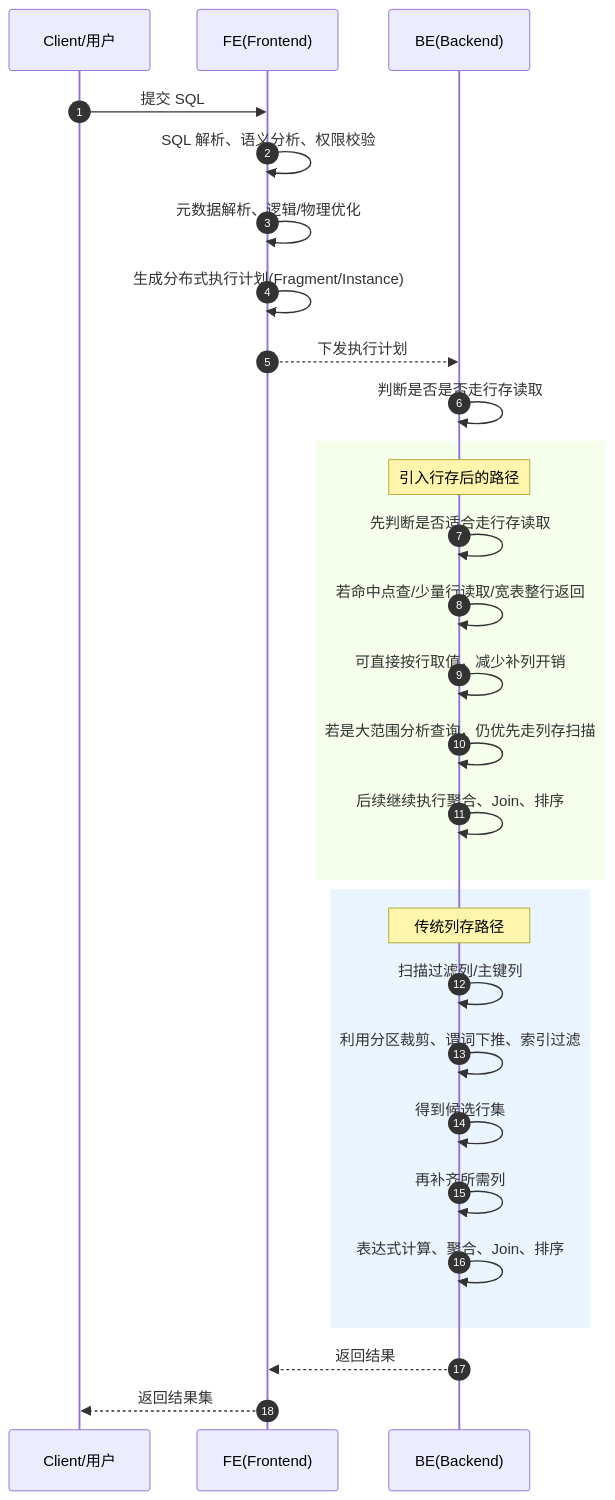
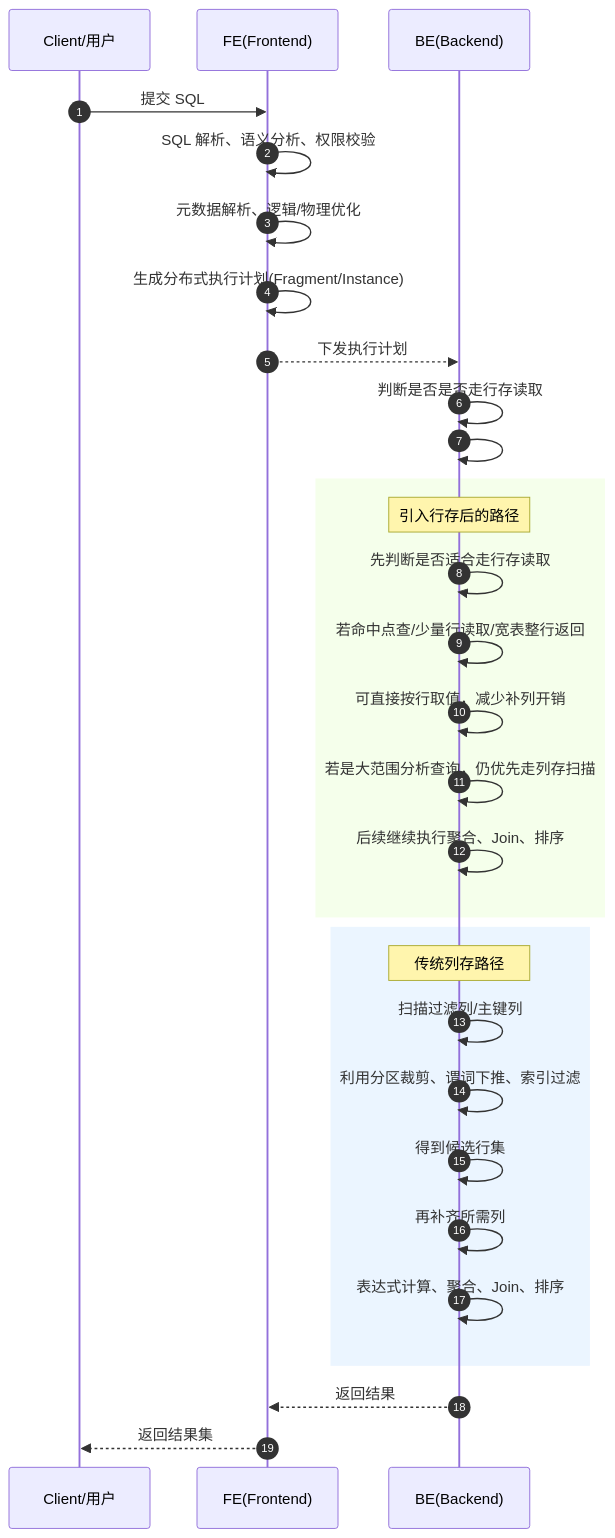
Before and after one commit to HY-10-8/iodraw-files: the diagram in all/未命名-4.md, drawn with Mermaid.

Commit message:
2026-04-22 17:39:22 update

````diff
--- a/all/未命名-4.md
+++ b/all/未命名-4.md
@@ -1,49 +1,50 @@
 ```mermaid
 sequenceDiagram
     autonumber
 
     participant Client as Client/用户
     participant FE as FE(Frontend)
     participant BE as BE(Backend)
     
     Client->>FE: 提交 SQL
     FE->>FE: SQL 解析、语义分析、权限校验
     FE->>FE: 元数据解析、逻辑/物理优化
     FE->>FE: 生成分布式执行计划(Fragment/Instance)
     FE-->>BE: 下发执行计划
 
     BE->>BE: 判断是否是否走行存读取
-    
+    BE->>BE: 
+
 
 
     rect rgb(245,255,235)
         Note over BE: 引入行存后的路径
         BE->>BE: 先判断是否适合走行存读取
         BE->>BE: 若命中点查/少量行读取/宽表整行返回
         BE->>BE: 可直接按行取值，减少补列开销
         BE->>BE: 若是大范围分析查询，仍优先走列存扫描
         BE->>BE: 后续继续执行聚合、Join、排序
     end
 
 
     rect rgb(235,245,255)
         Note over BE: 传统列存路径
         BE->>BE: 扫描过滤列/主键列
         BE->>BE: 利用分区裁剪、谓词下推、索引过滤
         BE->>BE: 得到候选行集
         BE->>BE: 再补齐所需列
         BE->>BE: 表达式计算、聚合、Join、排序
     end
 
     BE-->>FE: 返回结果
     FE-->>Client: 返回结果集
 
 
 
 
 
 
 
 
 
 ```
````
